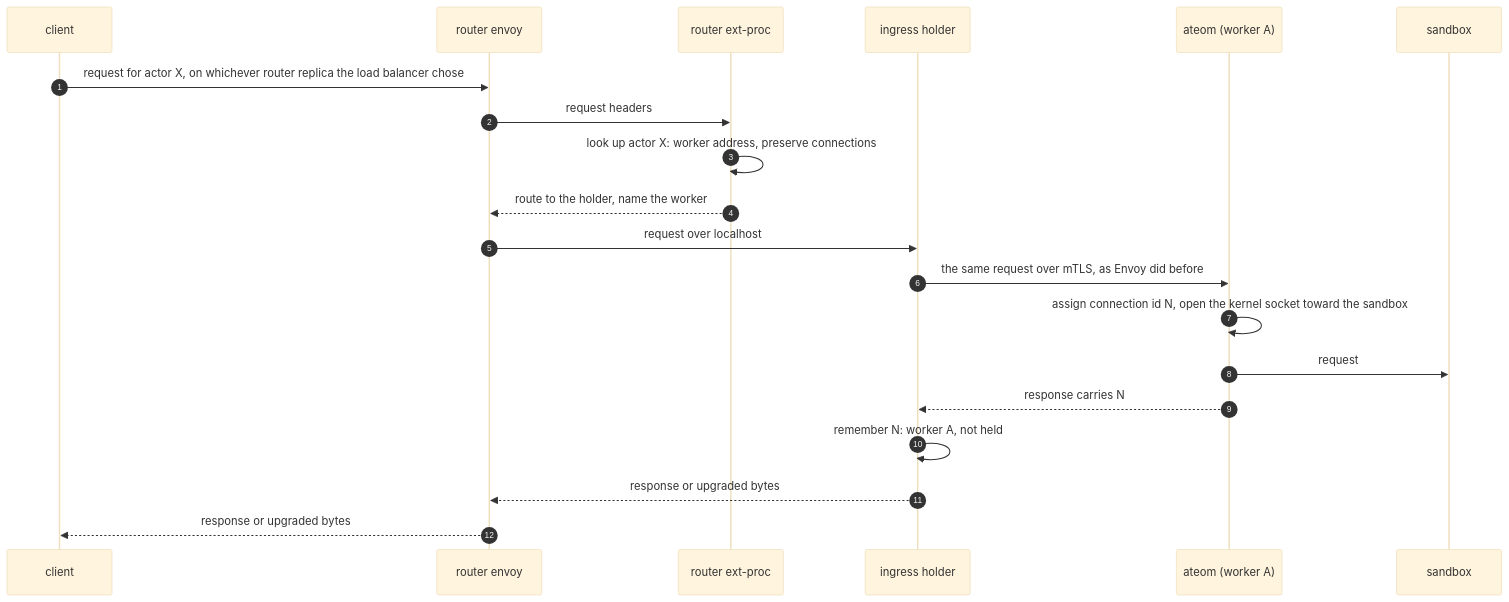
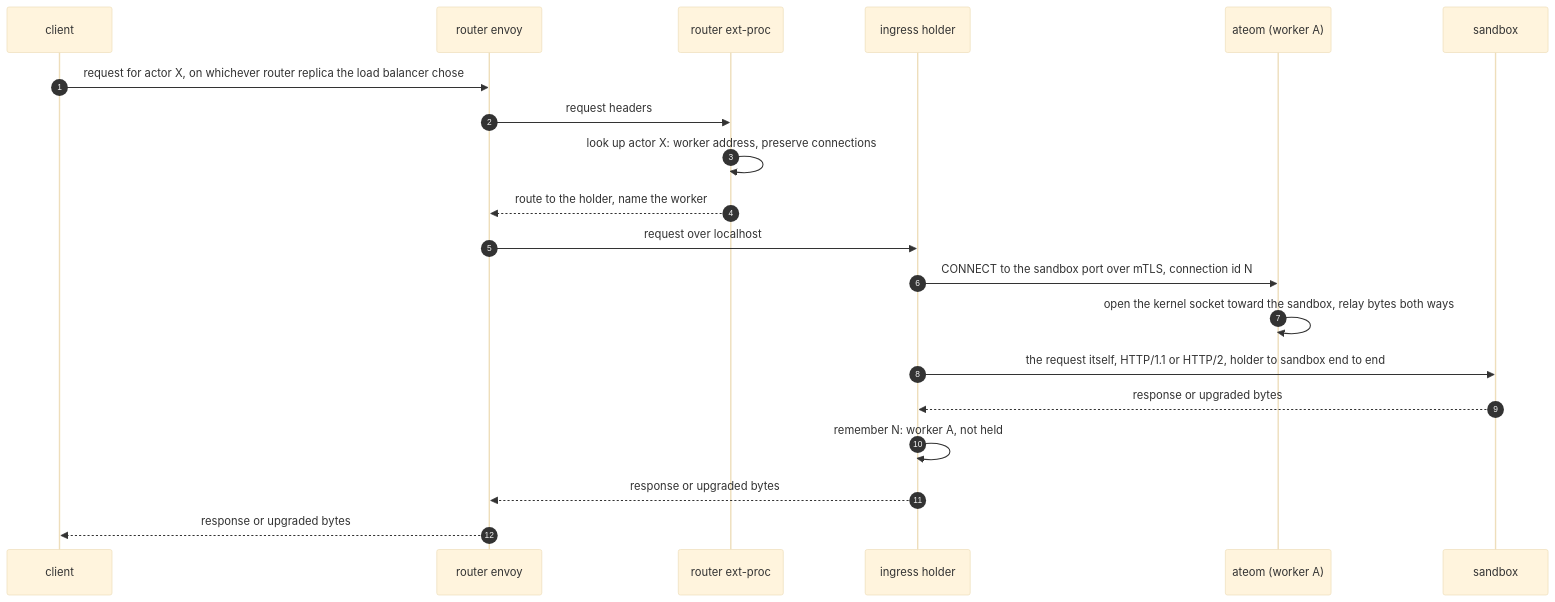
One commit to omeryahud/substrate changed the second of 5 diagrams in docs/connection-preservation-no-anchor.md. Above: the diagram before and after it, drawn with Mermaid (base theme). The commit also changed other lines of this file, not shown here.

First line of the commit message:
docs: the ingress holder is the actor's HTTP peer, the worker relays bytes

````diff
--- a/docs/connection-preservation-no-anchor.md
+++ b/docs/connection-preservation-no-anchor.md
@@ -72,22 +72,22 @@
 ```mermaid
 sequenceDiagram
     autonumber
     participant C as client
     participant RE as router envoy
     participant XP as router ext-proc
     participant RH as ingress holder
     participant AI as ateom (worker A)
     participant SB as sandbox
     C->>RE: request for actor X, on whichever router replica the load balancer chose
     RE->>XP: request headers
     XP->>XP: look up actor X: worker address, preserve connections
     XP-->>RE: route to the holder, name the worker
     RE->>RH: request over localhost
-    RH->>AI: the same request over mTLS, as Envoy did before
-    AI->>AI: assign connection id N, open the kernel socket toward the sandbox
-    AI->>SB: request
-    AI-->>RH: response carries N
+    RH->>AI: CONNECT to the sandbox port over mTLS, connection id N
+    AI->>AI: open the kernel socket toward the sandbox, relay bytes both ways
+    RH->>SB: the request itself, HTTP/1.1 or HTTP/2, holder to sandbox end to end
+    SB-->>RH: response or upgraded bytes
     RH->>RH: remember N: worker A, not held
     RH-->>RE: response or upgraded bytes
     RE-->>C: response or upgraded bytes
 ```
````
